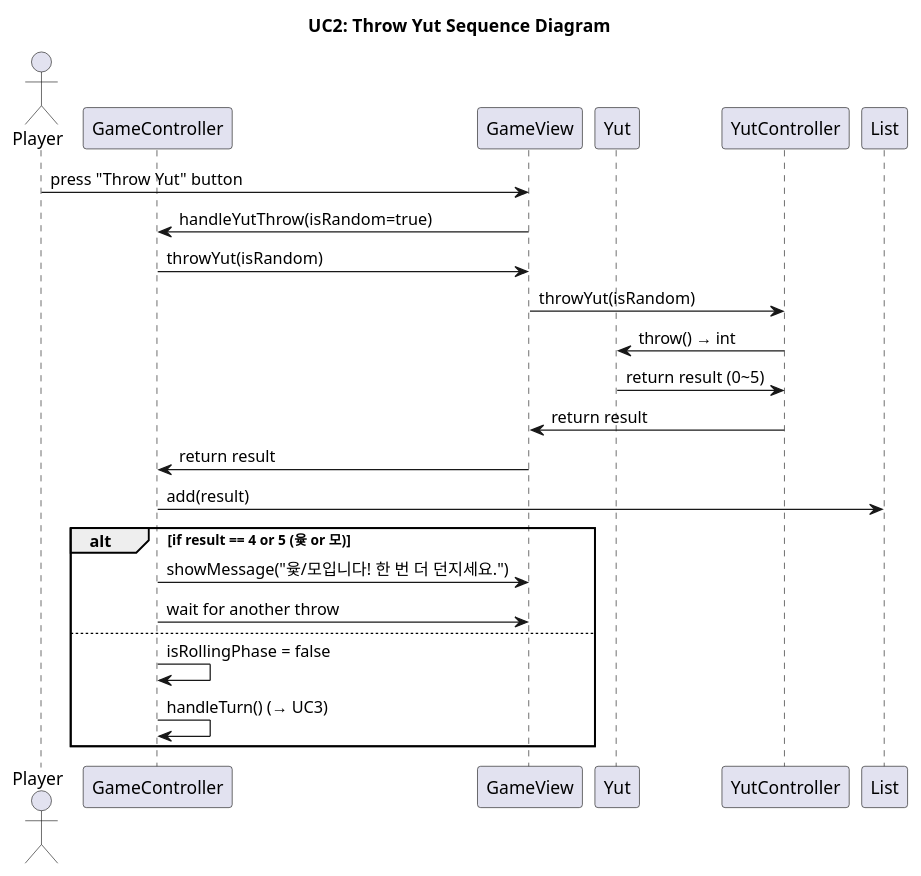
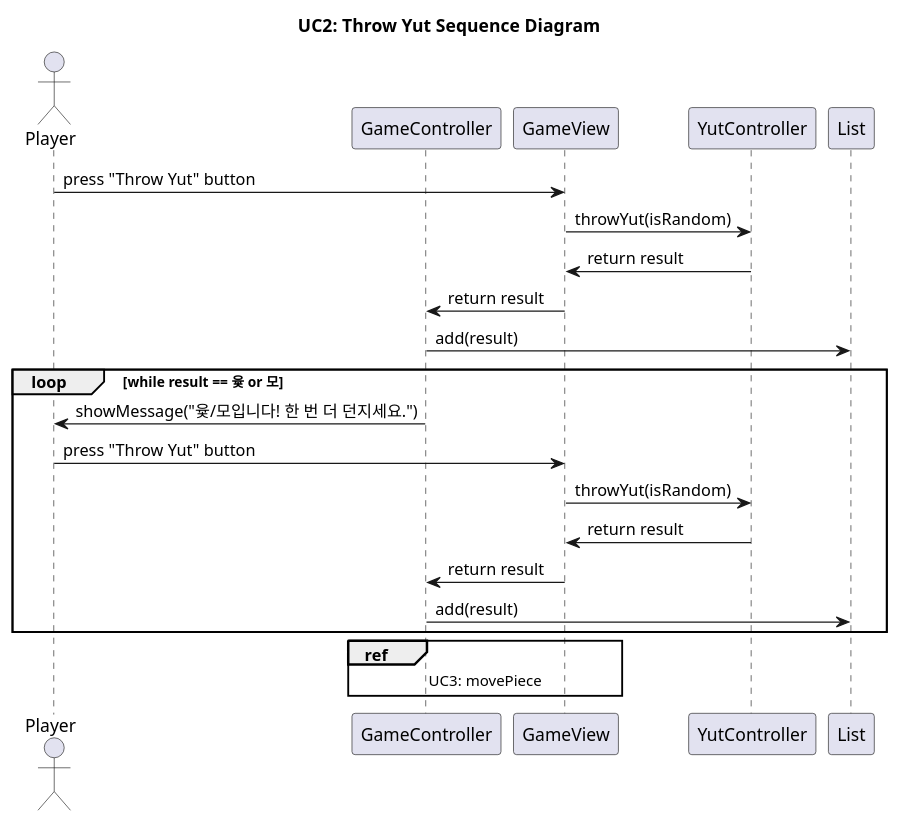
Before and after one commit to jack0928/SE-Term-Project-2025: the diagram in UC2SW.puml, drawn with PlantUML. The commit also changed 4 other files, not shown here.

```diff
--- a/UC2SW.puml
+++ b/UC2SW.puml
@@ -1,31 +1,32 @@
 @startuml
 title UC2: Throw Yut Sequence Diagram
 
 actor Player
 participant GameController as GameController
 participant GameView as GameView
-participant Yut as Yut
 participant YutController as YutController
 participant List as stepQueue
 
 Player -> GameView : press "Throw Yut" button
-GameView -> GameController : handleYutThrow(isRandom=true)
 
-GameController -> GameView : throwYut(isRandom)
 GameView -> YutController : throwYut(isRandom)
-YutController -> Yut : throw() → int
-Yut -> YutController : return result (0~5)
+
 YutController -> GameView : return result
 GameView -> GameController : return result
 
 GameController -> stepQueue : add(result)
 
-alt if result == 4 or 5 (윷 or 모)
-    GameController -> GameView : showMessage("윷/모입니다! 한 번 더 던지세요.")
-    GameController -> GameView : wait for another throw
-else
-    GameController -> GameController : isRollingPhase = false
-    GameController -> GameController : handleTurn() (→ UC3)
-end alt
+loop while result == 윷 or 모
+    GameController -> Player : showMessage("윷/모입니다! 한 번 더 던지세요.")
+	Player -> GameView : press "Throw Yut" button
 
+    GameView -> YutController : throwYut(isRandom)
+
+    YutController -> GameView : return result
+    GameView -> GameController : return result
+    GameController -> stepQueue : add(result)
+end
+ref over GameController,GameView
+	UC3: movePiece
+end ref
 @enduml
```
